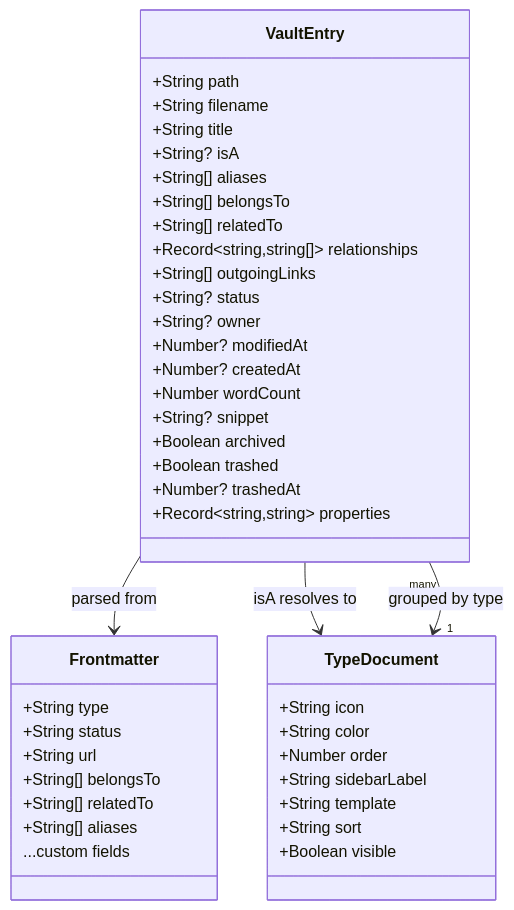
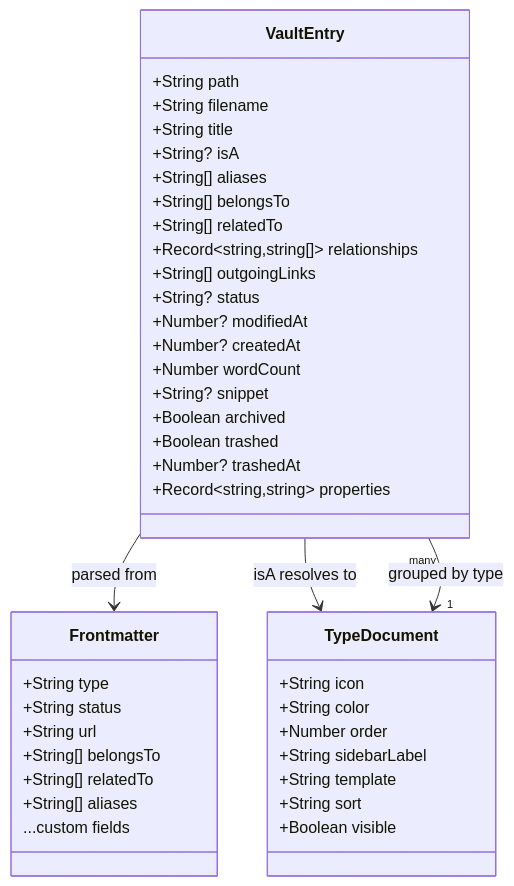
The first of 3 diagrams in docs/ABSTRACTIONS.md (aimeritething/Fuwa), drawn with Mermaid before and after one commit. The commit also changed other lines of this file and 3 other files, not shown here.

First line of the commit message:
docs: audit ARCHITECTURE.md, ABSTRACTIONS.md, GETTING-STARTED.md — remove stale theme/tab/favorites refs

````diff
--- a/docs/ABSTRACTIONS.md
+++ b/docs/ABSTRACTIONS.md
@@ -62,48 +62,47 @@
 ```mermaid
 classDiagram
     class VaultEntry {
         +String path
         +String filename
         +String title
         +String? isA
         +String[] aliases
         +String[] belongsTo
         +String[] relatedTo
         +Record~string,string[]~ relationships
         +String[] outgoingLinks
         +String? status
-        +String? owner
         +Number? modifiedAt
         +Number? createdAt
         +Number wordCount
         +String? snippet
         +Boolean archived
         +Boolean trashed
         +Number? trashedAt
         +Record~string,string~ properties
     }
 
     class TypeDocument {
         +String icon
         +String color
         +Number order
         +String sidebarLabel
         +String template
         +String sort
         +Boolean visible
     }
 
     class Frontmatter {
         +String type
         +String status
         +String url
         +String[] belongsTo
         +String[] relatedTo
         +String[] aliases
         ...custom fields
     }
 
     VaultEntry --> Frontmatter : parsed from
     VaultEntry --> TypeDocument : isA resolves to
     VaultEntry "many" --> "1" TypeDocument : grouped by type
 ```
````
